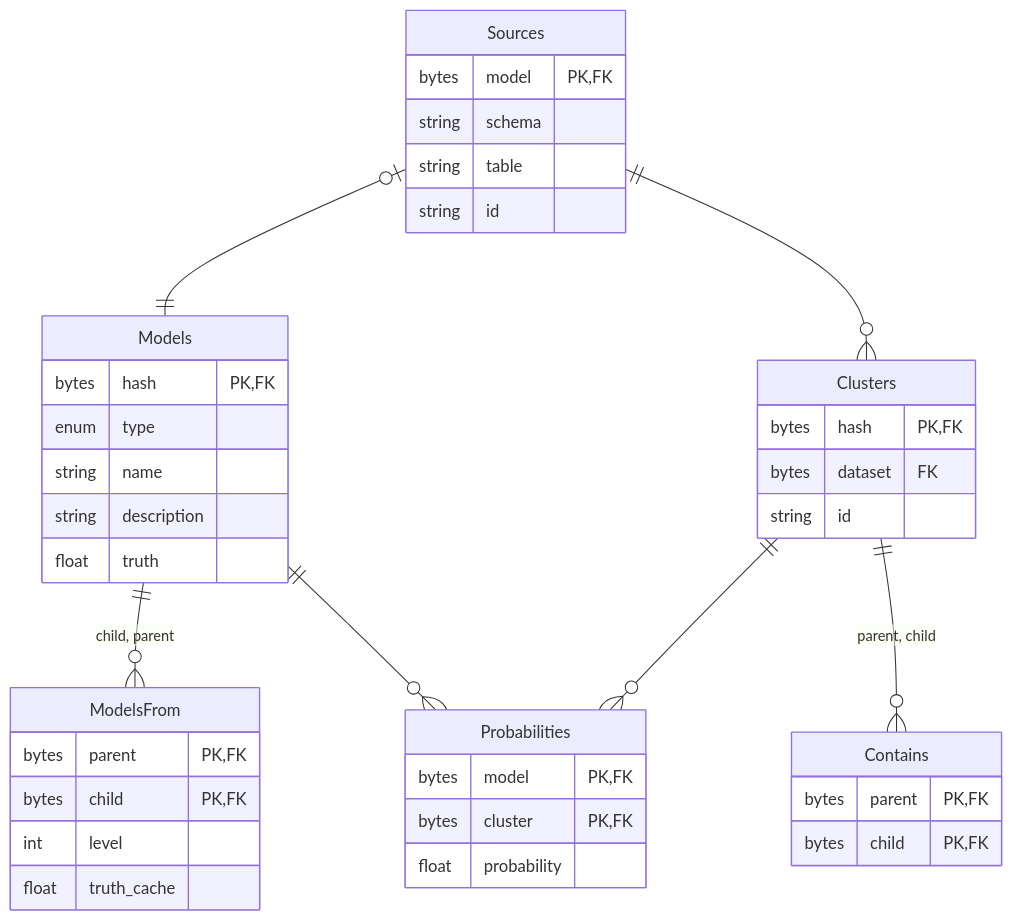
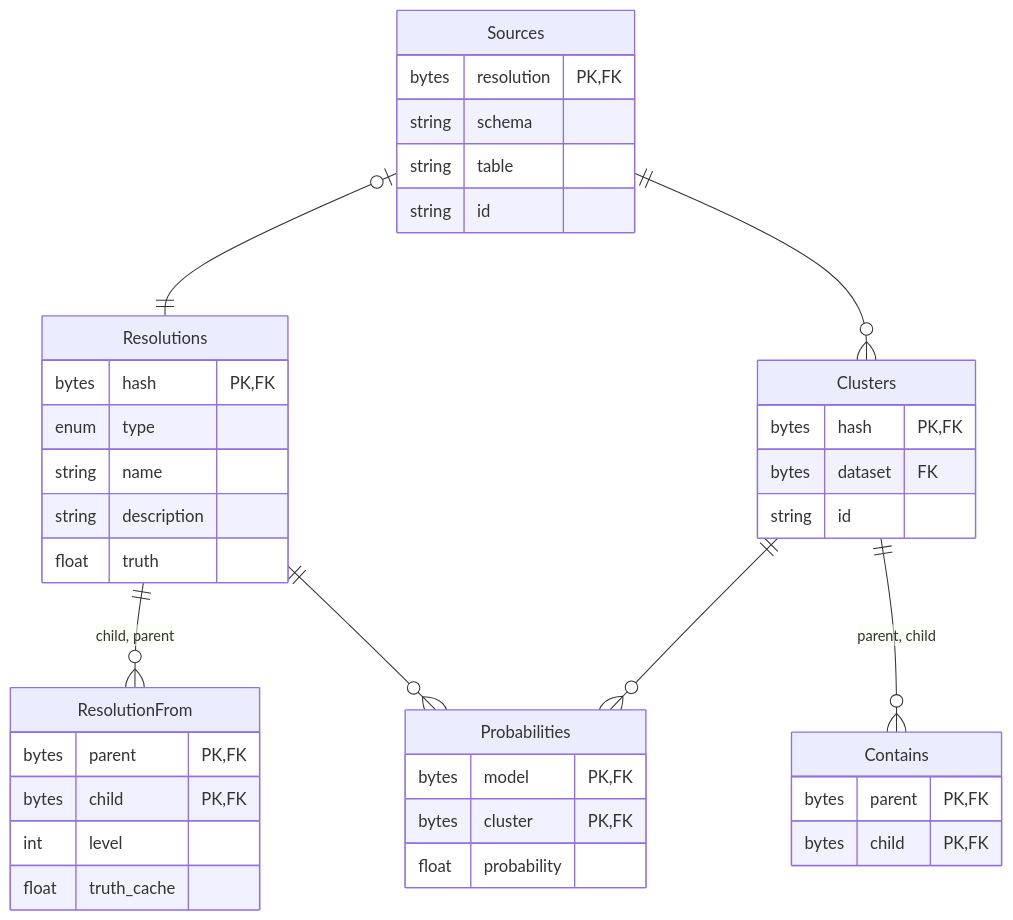
The diagram in src/matchbox/server/postgresql/README.md (will-langdale/matchbox), drawn with Mermaid before and after one commit. The commit also changed other lines of this file and 19 other files, not shown here.

Commit message:
Rename models to resolutions when appropriate

````diff
--- a/src/matchbox/server/postgresql/README.md
+++ b/src/matchbox/server/postgresql/README.md
@@ -14,43 +14,43 @@
 ```mermaid
 erDiagram
     Sources {
-        bytes model PK,FK
+        bytes resolution PK,FK
         string schema
         string table
         string id
     }
     Clusters {
         bytes hash PK,FK
         bytes dataset FK
         string id
     }
     Contains {
         bytes parent PK,FK
         bytes child PK,FK
     }
     Probabilities {
         bytes model PK,FK
         bytes cluster PK,FK
         float probability
     }
-    Models {
+    Resolutions {
         bytes hash PK,FK
         enum type
         string name
         string description
         float truth
     }
-    ModelsFrom {
+    ResolutionFrom {
         bytes parent PK,FK
         bytes child PK,FK
         int level
         float truth_cache
     }
 
-    Sources |o--|| Models : ""
+    Sources |o--|| Resolutions : ""
     Sources ||--o{ Clusters : ""
     Clusters ||--o{ Contains : "parent, child"
     Clusters ||--o{ Probabilities : ""
-    Models ||--o{ Probabilities : ""
-    Models ||--o{ ModelsFrom : "child, parent"
+    Resolutions ||--o{ Probabilities : ""
+    Resolutions ||--o{ ResolutionFrom : "child, parent"
 ```
````
